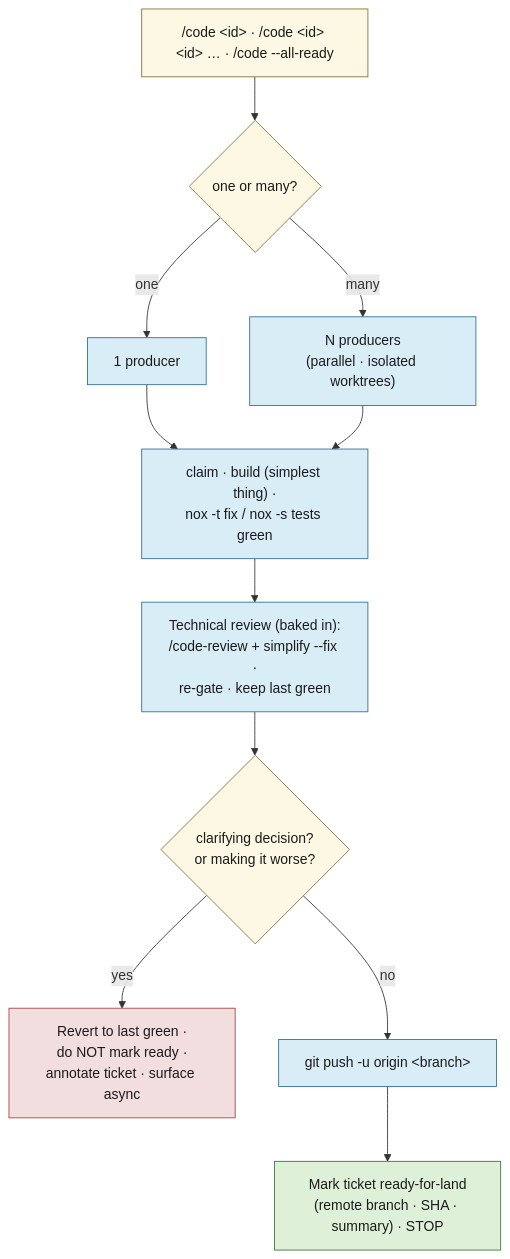
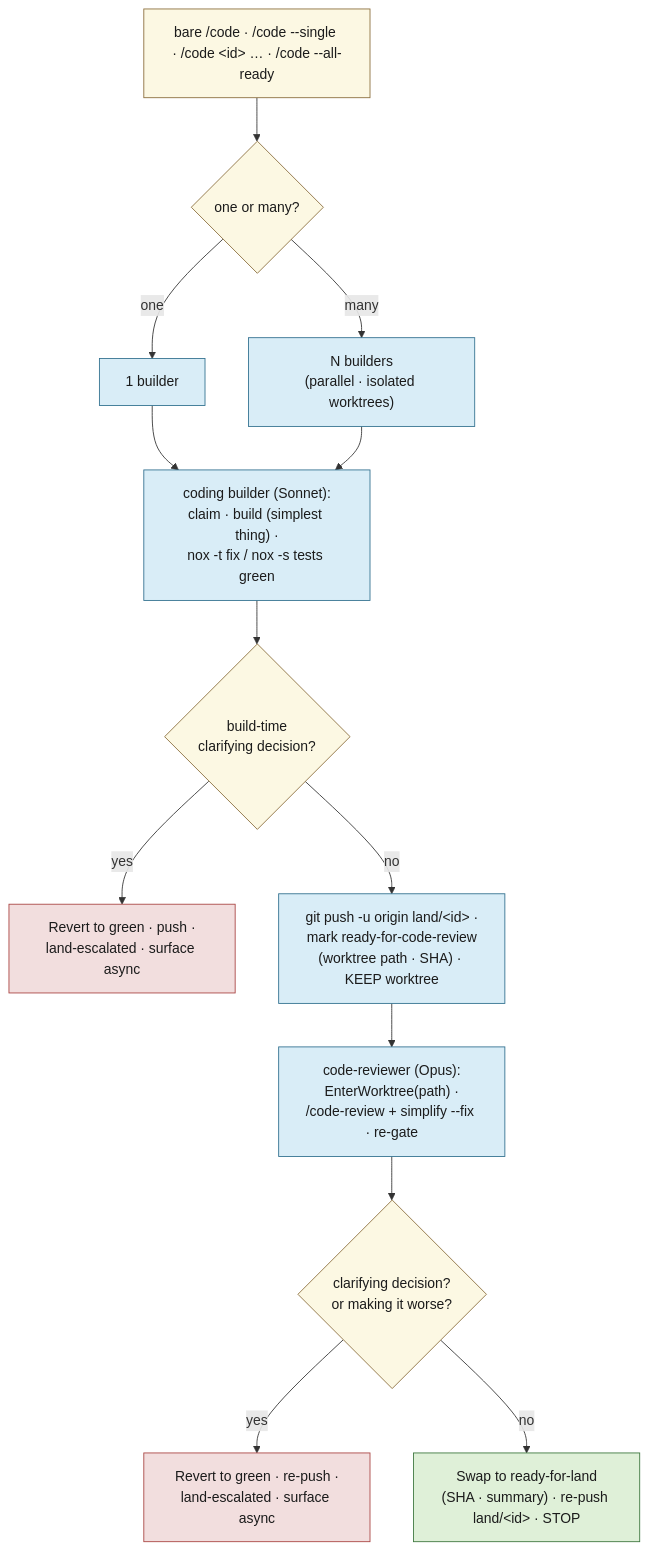
One commit to bildzeitung/lode changed the third of 4 diagrams in docs/agents-workflow.md. Above: the diagram before and after it, drawn with Mermaid. The commit also changed other lines of this file and 4 other files, not shown here.

````diff
--- a/docs/agents-workflow.md
+++ b/docs/agents-workflow.md
@@ -270,24 +300,26 @@
 ```mermaid
 flowchart TD
-    INV["/code &lt;id&gt; · /code &lt;id&gt; &lt;id&gt; … · /code --all-ready"] --> N{"one or many?"}
-    N -->|"one"| ONE["1 producer"]
-    N -->|"many"| FAN["N producers<br>(parallel · isolated worktrees)"]
-    ONE --> BUILD["claim · build (simplest thing) ·<br>nox -t fix / nox -s tests green"]
+    INV["bare /code · /code --single · /code &lt;id&gt; … · /code --all-ready"] --> N{"one or many?"}
+    N -->|"one"| ONE["1 builder"]
+    N -->|"many"| FAN["N builders<br>(parallel · isolated worktrees)"]
+    ONE --> BUILD["coding builder (Sonnet):<br>claim · build (simplest thing) ·<br>nox -t fix / nox -s tests green"]
     FAN --> BUILD
-    BUILD --> TR["Technical review (baked in):<br>/code-review + simplify --fix ·<br>re-gate · keep last green"]
-    TR --> ESC{"clarifying decision?<br>or making it worse?"}
-    ESC -->|"yes"| HOLD["Revert to last green ·<br>do NOT mark ready ·<br>annotate ticket · surface async"]
-    ESC -->|"no"| PUSH["git push -u origin &lt;branch&gt;"]
-    PUSH --> MARK["Mark ticket ready-for-land<br>(remote branch · SHA · summary) · STOP"]
+    BUILD --> BESC{"build-time<br>clarifying decision?"}
+    BESC -->|"yes"| BHOLD["Revert to green · push ·<br>land-escalated · surface async"]
+    BESC -->|"no"| PUSH["git push -u origin land/&lt;id&gt; ·<br>mark ready-for-code-review<br>(worktree path · SHA) · KEEP worktree"]
+    PUSH --> REV["code-reviewer (Opus):<br>EnterWorktree(path) ·<br>/code-review + simplify --fix · re-gate"]
+    REV --> RESC{"clarifying decision?<br>or making it worse?"}
+    RESC -->|"yes"| RHOLD["Revert to green · re-push ·<br>land-escalated · surface async"]
+    RESC -->|"no"| MARK["Swap to ready-for-land<br>(SHA · summary) · re-push land/&lt;id&gt; · STOP"]
 
     classDef start fill:#fcf8e3,stroke:#8a6d3b,color:#1b1b1b;
     classDef work fill:#d9edf7,stroke:#31708f,color:#1b1b1b;
     classDef gate fill:#fcf8e3,stroke:#8a6d3b,color:#1b1b1b;
     classDef bad fill:#f2dede,stroke:#a94442,color:#1b1b1b;
     classDef good fill:#dff0d8,stroke:#3c763d,color:#1b1b1b;
     class INV,N start;
-    class ONE,FAN,BUILD,TR,PUSH work;
-    class ESC gate;
-    class HOLD bad;
+    class ONE,FAN,BUILD,PUSH,REV work;
+    class BESC,RESC gate;
+    class BHOLD,RHOLD bad;
     class MARK good;
 ```
````
